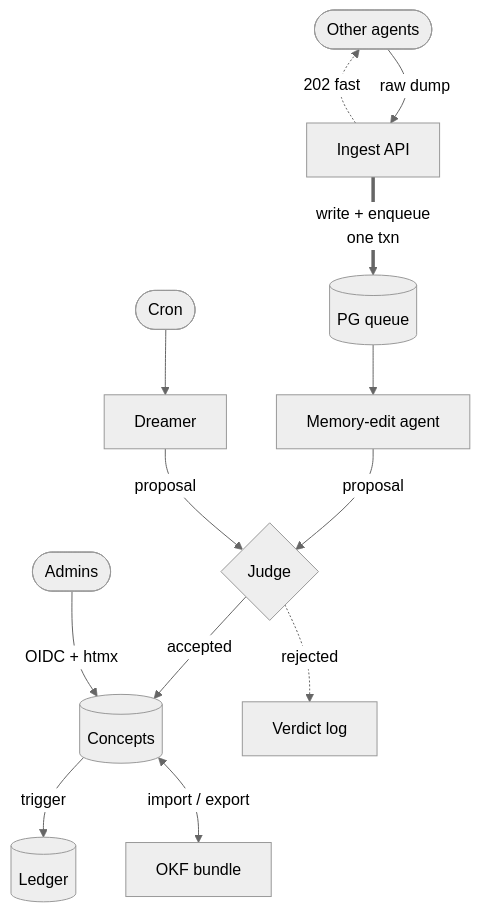
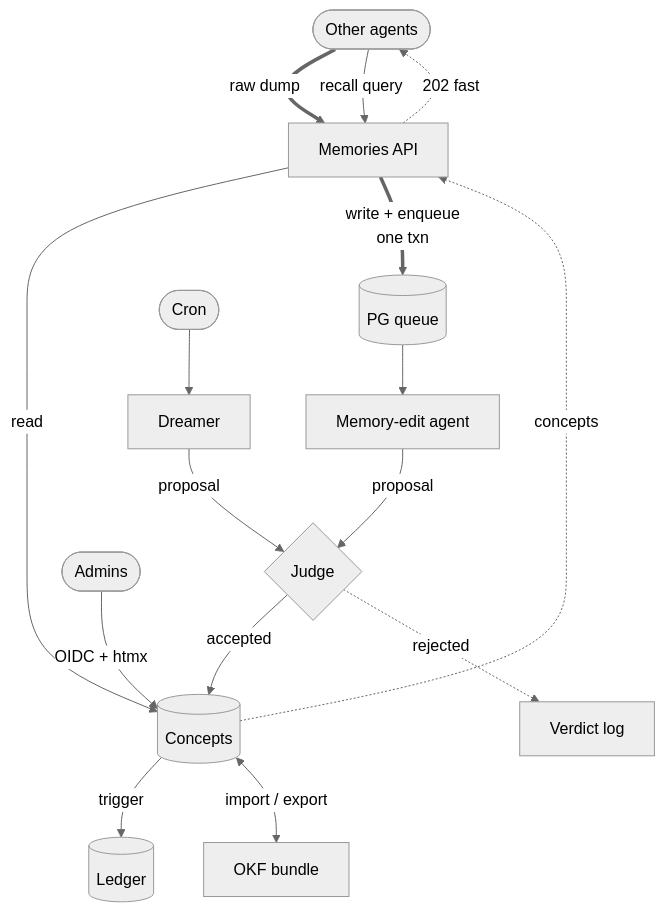
The diagram in doc/planning/design-spec.md (soniccyclone/okf-in-a-box), drawn with Mermaid (neutral theme) before and after one commit. The commit also changed other lines of this file, not shown here.

First line of the commit message:
docs: reframe as full Memories API (read + write)

````diff
--- a/doc/planning/design-spec.md
+++ b/doc/planning/design-spec.md
@@ -80,15 +82,18 @@
 ```mermaid
 flowchart TD
-    Agents([Other agents]) -->|raw dump| API[Ingest API]
+    Agents([Other agents]) ==>|raw dump| API[Memories API]
     API -.->|202 fast| Agents
+    Agents -->|recall query| API
+    API -->|read| C
+    C -.->|concepts| API
     API ==>|write + enqueue<br/>one txn| Q[(PG queue)]
     Cron([Cron]) --> Dream[Dreamer]
     Q --> ME[Memory-edit agent]
     ME -->|proposal| J{Judge}
     Dream -->|proposal| J
     J -->|accepted| C[(Concepts)]
     J -.->|rejected| V[Verdict log]
     C -->|trigger| L[(Ledger)]
     Admins([Admins]) -->|OIDC + htmx| C
     C <-->|import / export| B[OKF bundle]
 ```
````
